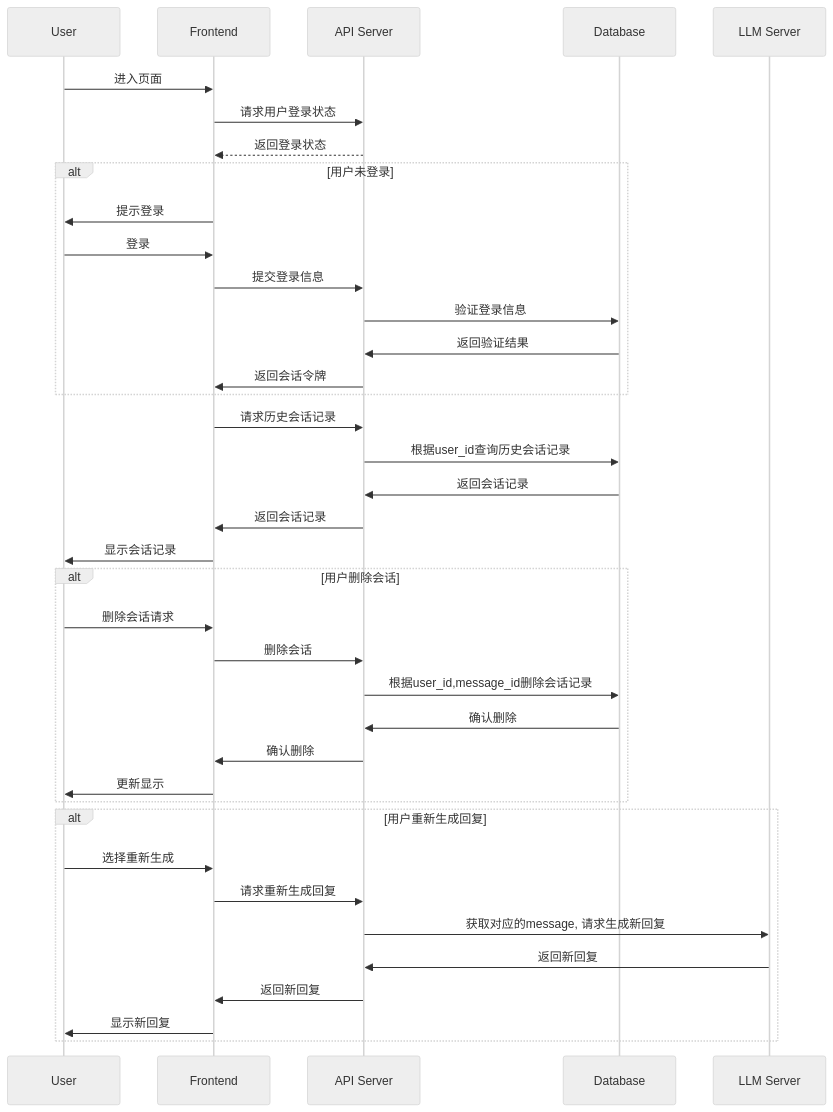
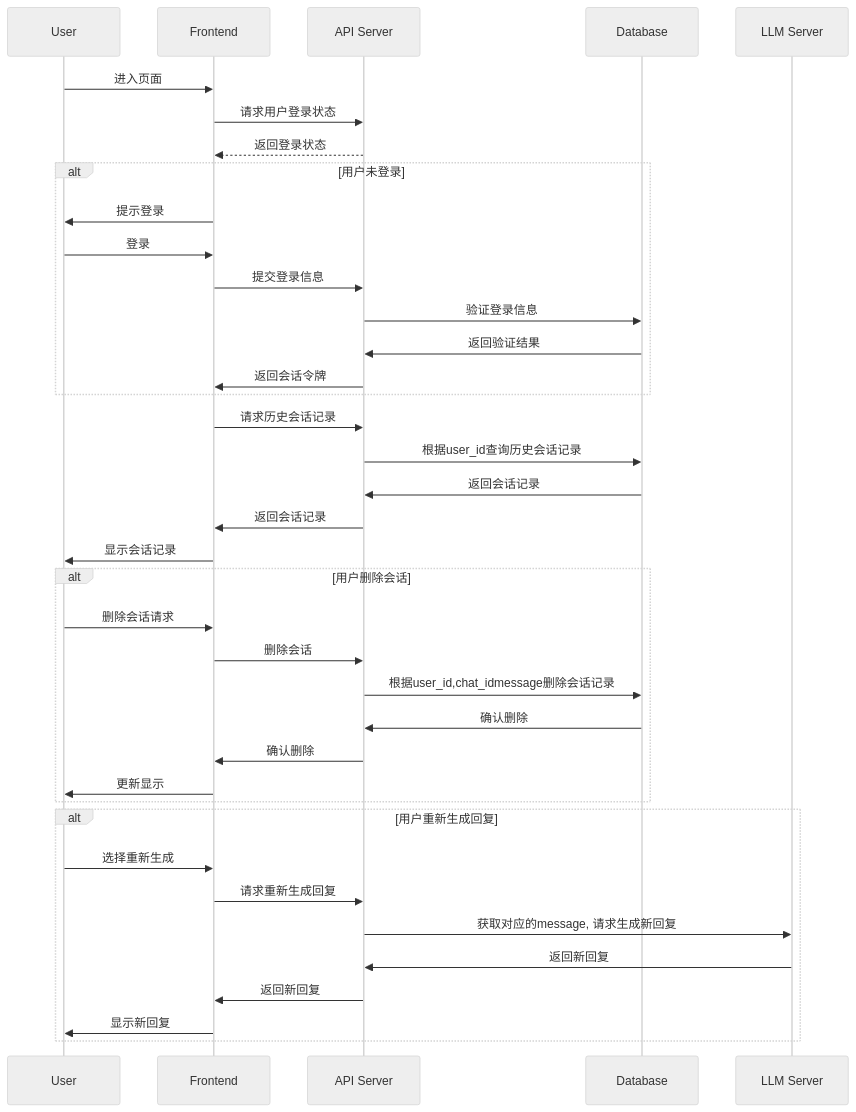
Before and after one commit to yingjianzh/iodraw-files: the diagram in all/未命名-7.md, drawn with Mermaid (neutral theme).

Commit message:
2024-10-09 09:46:10 update

````diff
--- a/all/未命名-7.md
+++ b/all/未命名-7.md
@@ -1,45 +1,45 @@
 ```mermaid
 sequenceDiagram
     participant User
     participant Frontend
     participant API Server
     participant Database
 
 
     User->>Frontend: 进入页面
     Frontend->>API Server: 请求用户登录状态
     API Server-->>Frontend: 返回登录状态
     alt 用户未登录
         Frontend->>User: 提示登录
         User->>Frontend: 登录
         Frontend->>API Server: 提交登录信息
         API Server->>Database: 验证登录信息
         Database->>API Server: 返回验证结果
         API Server->>Frontend: 返回会话令牌
     end
 
     Frontend->>API Server: 请求历史会话记录
     API Server->>Database: 根据user_id查询历史会话记录
     Database->>API Server: 返回会话记录
     API Server->>Frontend: 返回会话记录
     Frontend->>User: 显示会话记录
 
     alt 用户删除会话
         User->>Frontend: 删除会话请求
         Frontend->>API Server: 删除会话
-        API Server->>Database: 根据user_id,message_id删除会话记录
+        API Server->>Database: 根据user_id,chat_idmessage删除会话记录
         Database->>API Server: 确认删除
         API Server->>Frontend: 确认删除
         Frontend->>User: 更新显示
     end
 
     alt 用户重新生成回复
         User->>Frontend: 选择重新生成
         Frontend->>API Server: 请求重新生成回复
         API Server->>LLM Server: 获取对应的message, 请求生成新回复
         LLM Server->>API Server: 返回新回复
         API Server->>Frontend: 返回新回复
         Frontend->>User: 显示新回复
     end
 
 ```
````
